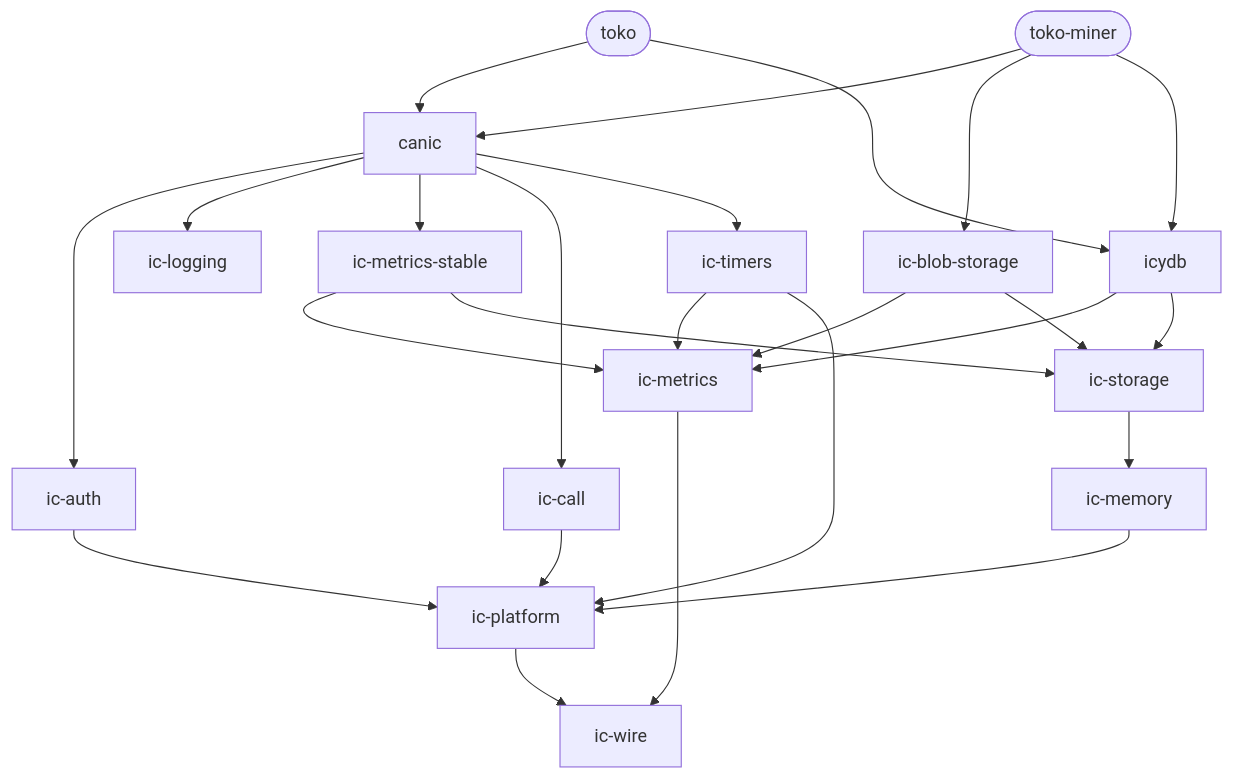
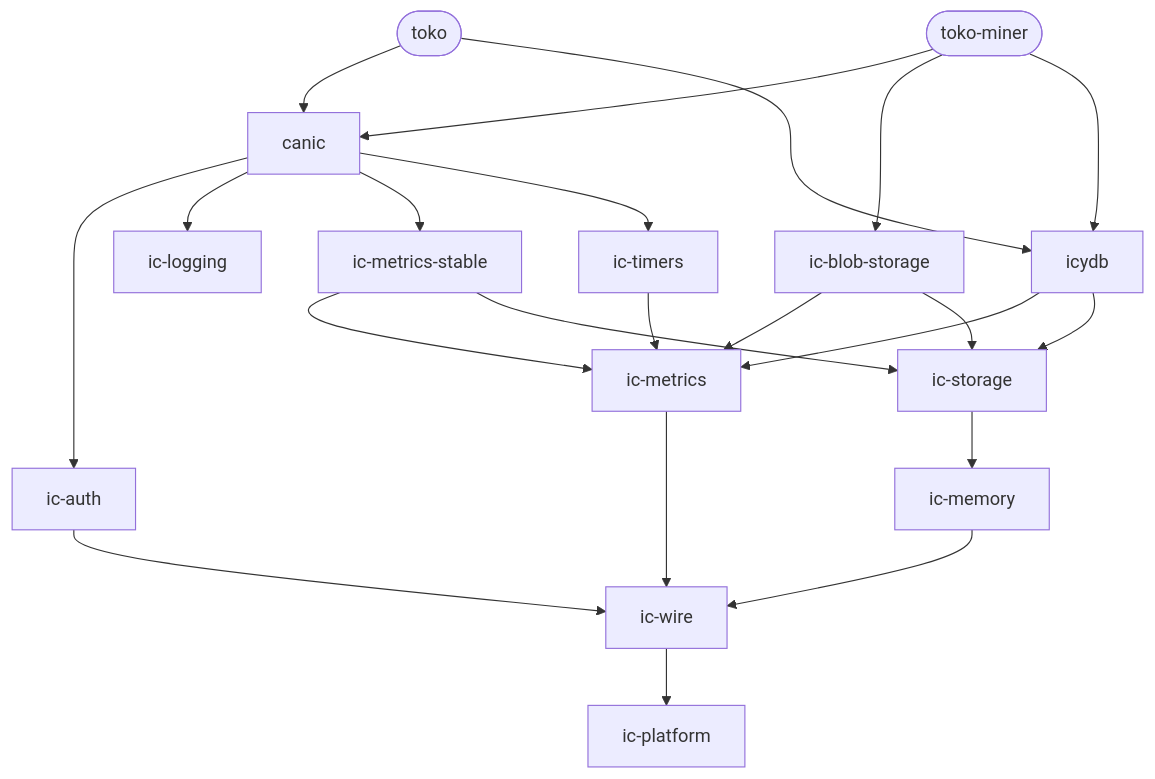
The diagram in README.md (dragginzgame/shared-tooling), drawn with Mermaid before and after one commit. The commit also changed 9 other files, not shown here.

````diff
--- a/README.md
+++ b/README.md
@@ -29,42 +29,38 @@
 ```mermaid
 flowchart TD
     p_app_3atoko(["toko"])
     p_app_3atoko_2dminer(["toko-miner"])
     p_canic_7ccargo_3acanic["canic"]
     p_ic_2dauth_7ccargo_3aic_2dauth["ic-auth"]
     p_ic_2dblob_2dstorage_7ccargo_3aic_2dblob_2dstorage["ic-blob-storage"]
     p_ic_2dobservability_7ccargo_3aic_2dlogging["ic-logging"]
     p_ic_2dobservability_7ccargo_3aic_2dmetrics["ic-metrics"]
     p_ic_2dpersistence_7ccargo_3aic_2dmemory["ic-memory"]
     p_ic_2dpersistence_7ccargo_3aic_2dmetrics_2dstable["ic-metrics-stable"]
     p_ic_2dpersistence_7ccargo_3aic_2dstorage["ic-storage"]
-    p_ic_2dplatform_7ccargo_3aic_2dcall["ic-call"]
     p_ic_2dplatform_7ccargo_3aic_2dplatform["ic-platform"]
-    p_ic_2dtimers_7ccargo_3aic_2dtimers["ic-timers"]
+    p_ic_2dscheduling_7ccargo_3aic_2dtimers["ic-timers"]
     p_ic_2dwire_7ccargo_3aic_2dwire["ic-wire"]
     p_icydb_7ccargo_3aicydb["icydb"]
     p_app_3atoko --> p_canic_7ccargo_3acanic
     p_app_3atoko --> p_icydb_7ccargo_3aicydb
     p_app_3atoko_2dminer --> p_canic_7ccargo_3acanic
     p_app_3atoko_2dminer --> p_ic_2dblob_2dstorage_7ccargo_3aic_2dblob_2dstorage
     p_app_3atoko_2dminer --> p_icydb_7ccargo_3aicydb
     p_canic_7ccargo_3acanic --> p_ic_2dauth_7ccargo_3aic_2dauth
     p_canic_7ccargo_3acanic --> p_ic_2dobservability_7ccargo_3aic_2dlogging
     p_canic_7ccargo_3acanic --> p_ic_2dpersistence_7ccargo_3aic_2dmetrics_2dstable
-    p_canic_7ccargo_3acanic --> p_ic_2dplatform_7ccargo_3aic_2dcall
-    p_canic_7ccargo_3acanic --> p_ic_2dtimers_7ccargo_3aic_2dtimers
-    p_ic_2dauth_7ccargo_3aic_2dauth --> p_ic_2dplatform_7ccargo_3aic_2dplatform
+    p_canic_7ccargo_3acanic --> p_ic_2dscheduling_7ccargo_3aic_2dtimers
+    p_ic_2dauth_7ccargo_3aic_2dauth --> p_ic_2dwire_7ccargo_3aic_2dwire
     p_ic_2dblob_2dstorage_7ccargo_3aic_2dblob_2dstorage --> p_ic_2dobservability_7ccargo_3aic_2dmetrics
     p_ic_2dblob_2dstorage_7ccargo_3aic_2dblob_2dstorage --> p_ic_2dpersistence_7ccargo_3aic_2dstorage
     p_ic_2dobservability_7ccargo_3aic_2dmetrics --> p_ic_2dwire_7ccargo_3aic_2dwire
-    p_ic_2dpersistence_7ccargo_3aic_2dmemory --> p_ic_2dplatform_7ccargo_3aic_2dplatform
+    p_ic_2dpersistence_7ccargo_3aic_2dmemory --> p_ic_2dwire_7ccargo_3aic_2dwire
     p_ic_2dpersistence_7ccargo_3aic_2dmetrics_2dstable --> p_ic_2dobservability_7ccargo_3aic_2dmetrics
     p_ic_2dpersistence_7ccargo_3aic_2dmetrics_2dstable --> p_ic_2dpersistence_7ccargo_3aic_2dstorage
     p_ic_2dpersistence_7ccargo_3aic_2dstorage --> p_ic_2dpersistence_7ccargo_3aic_2dmemory
-    p_ic_2dplatform_7ccargo_3aic_2dcall --> p_ic_2dplatform_7ccargo_3aic_2dplatform
-    p_ic_2dplatform_7ccargo_3aic_2dplatform --> p_ic_2dwire_7ccargo_3aic_2dwire
-    p_ic_2dtimers_7ccargo_3aic_2dtimers --> p_ic_2dobservability_7ccargo_3aic_2dmetrics
-    p_ic_2dtimers_7ccargo_3aic_2dtimers --> p_ic_2dplatform_7ccargo_3aic_2dplatform
+    p_ic_2dscheduling_7ccargo_3aic_2dtimers --> p_ic_2dobservability_7ccargo_3aic_2dmetrics
+    p_ic_2dwire_7ccargo_3aic_2dwire --> p_ic_2dplatform_7ccargo_3aic_2dplatform
     p_icydb_7ccargo_3aicydb --> p_ic_2dobservability_7ccargo_3aic_2dmetrics
     p_icydb_7ccargo_3aicydb --> p_ic_2dpersistence_7ccargo_3aic_2dstorage
 ```
````
